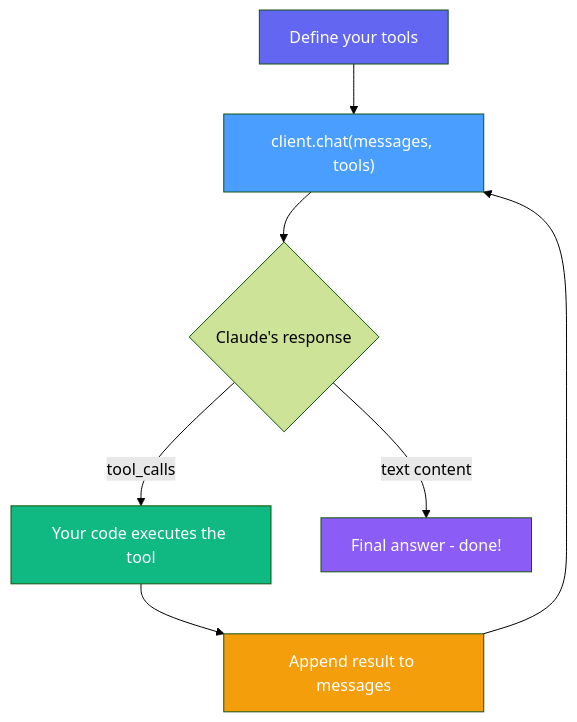
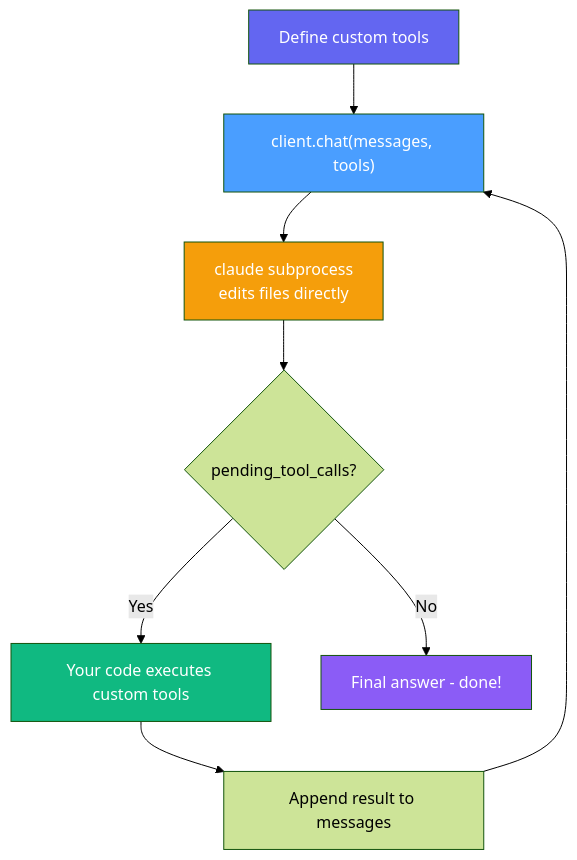
Before and after one commit to maclarensg/CiC: the second of 5 diagrams in README.md, drawn with Mermaid (forest theme). The commit also changed other lines of this file and 4 other files, not shown here.

First line of the commit message:
Implement hybrid mode — Claude executes files, caller executes custom tools

````diff
--- a/README.md
+++ b/README.md
@@ -37,15 +68,16 @@
 ```mermaid
 flowchart TD
-    A[Define your tools] --> B["client.chat(messages, tools)"]
-    B --> C{Claude's response}
-    C -->|tool_calls| D[Your code executes the tool]
-    C -->|text content| E[Final answer - done!]
-    D --> F[Append result to messages]
-    F --> B
+    A[Define custom tools] --> B["client.chat(messages, tools)"]
+    B --> C["claude subprocess\nedits files directly"]
+    C --> D{pending_tool_calls?}
+    D -->|Yes| E[Your code executes custom tools]
+    D -->|No| F[Final answer - done!]
+    E --> G[Append result to messages]
+    G --> B
 
     style A fill:#6366f1,color:#fff
     style B fill:#4a9eff,color:#fff
-    style D fill:#10b981,color:#fff
-    style E fill:#8b5cf6,color:#fff
-    style F fill:#f59e0b,color:#fff
+    style C fill:#f59e0b,color:#fff
+    style E fill:#10b981,color:#fff
+    style F fill:#8b5cf6,color:#fff
 ```
````
